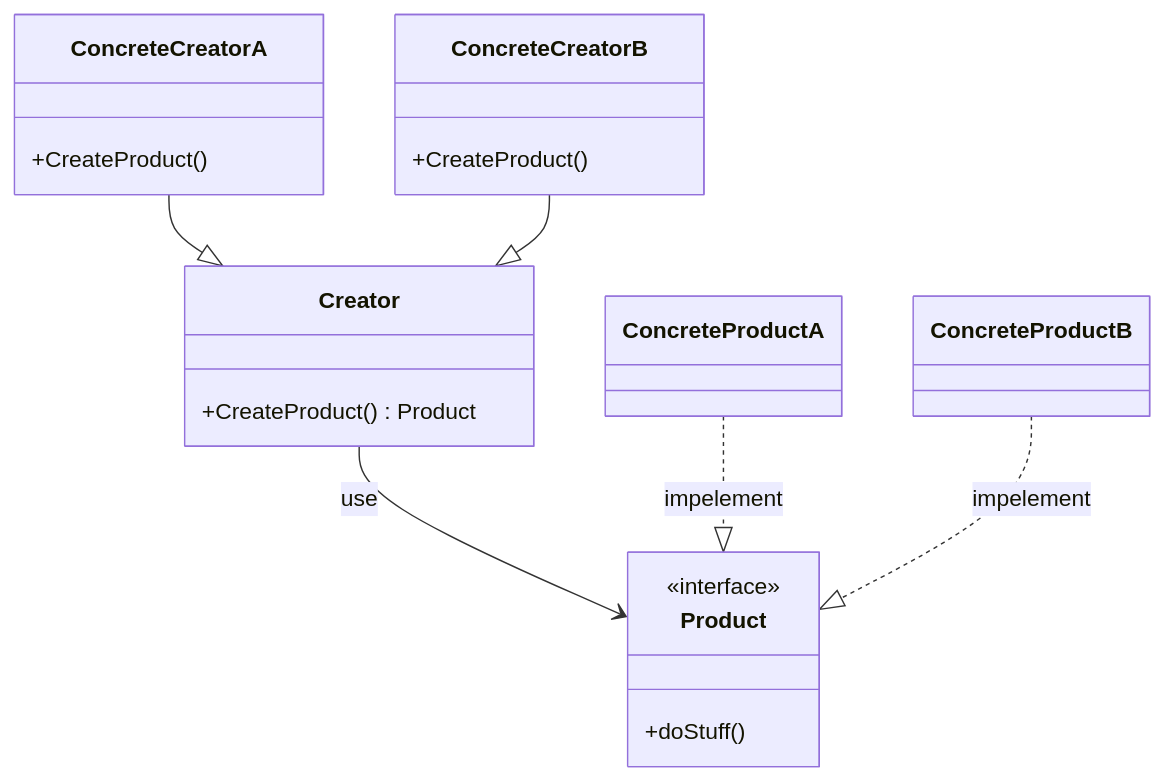
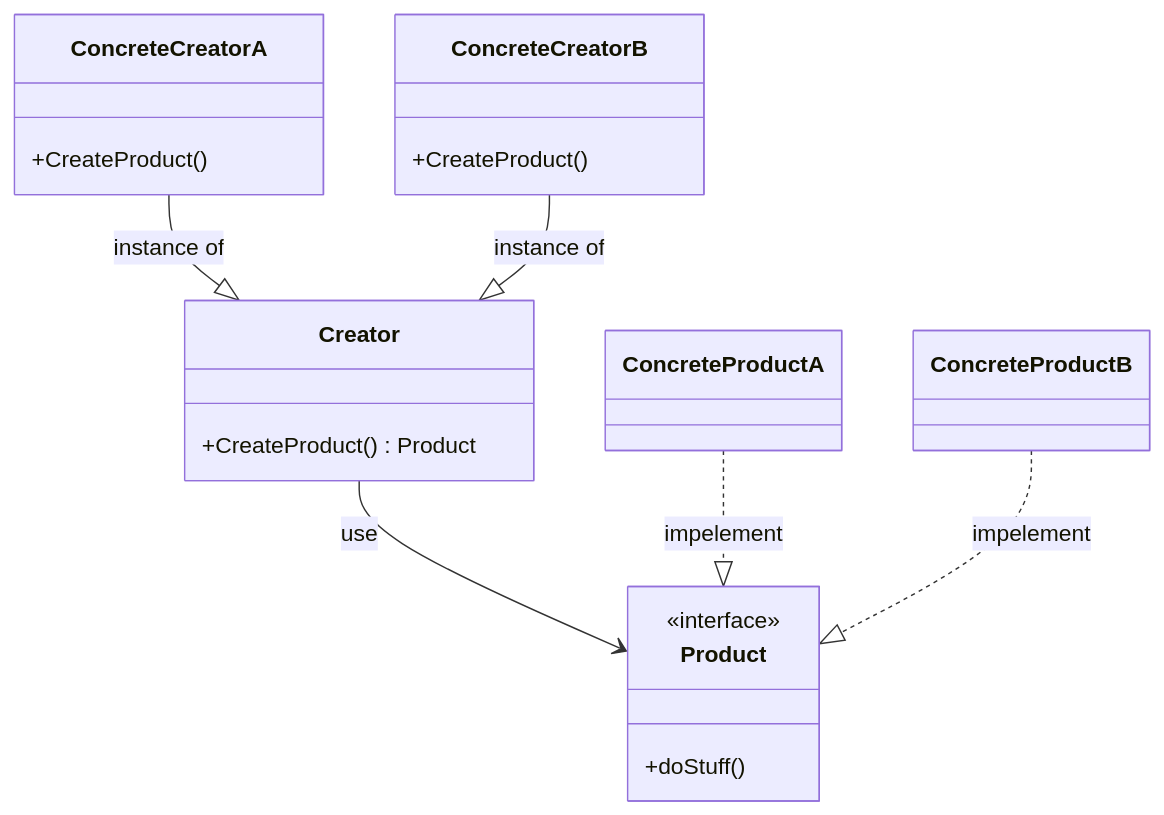
One commit to nahuelDev23/mermaid changed the diagram in readme.md. Above: the diagram before and after it, drawn with Mermaid.

````diff
--- a/readme.md
+++ b/readme.md
@@ -1,33 +1,33 @@
 ```mermaid
 classDiagram
  
  class Creator{
  +CreateProduct() Product
  }
  
   class Product{
   +doStuff()
  }
  <<interface>> Product
  
  Creator --> Product : use
  
  class ConcreteProductA 
  class ConcreteProductB 
  
  ConcreteProductA ..|> Product : impelement
  ConcreteProductB ..|> Product : impelement
  
  class ConcreteCreatorA{
  +CreateProduct()
  }
  
   class ConcreteCreatorB{
  +CreateProduct()
  }
  
- ConcreteCreatorA --|> Creator
- ConcreteCreatorB --|> Creator
+ ConcreteCreatorA --|> Creator :instance of
+ ConcreteCreatorB --|> Creator :instance of
 
  
 ```
````
